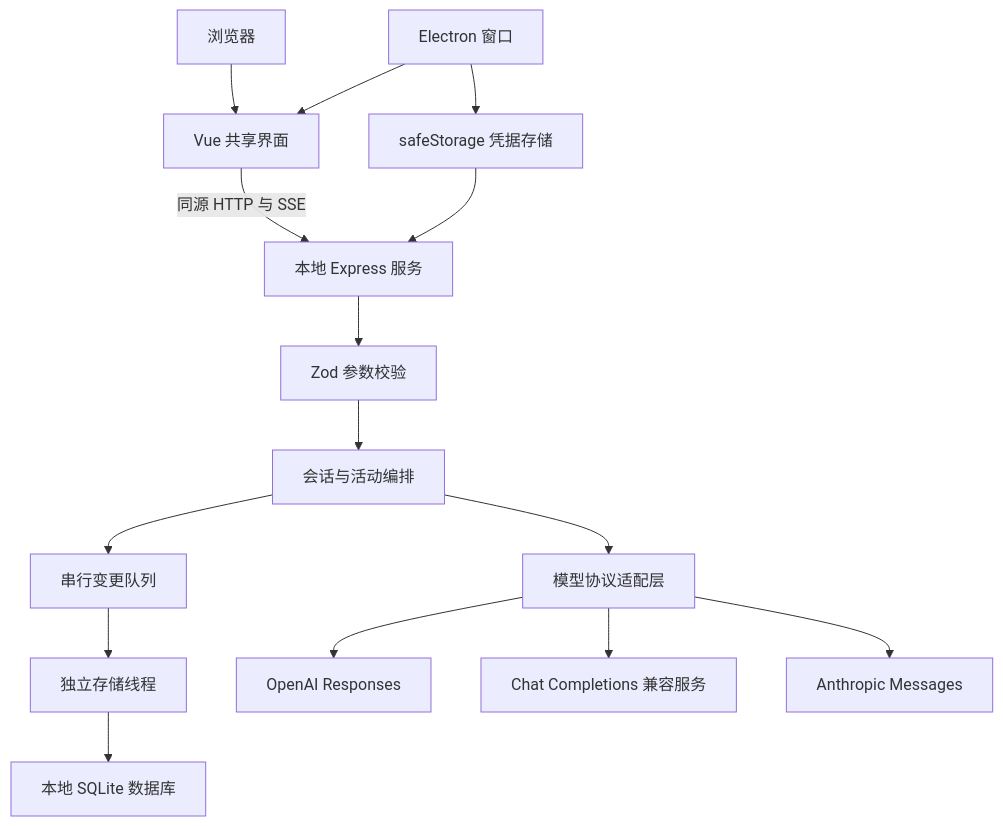
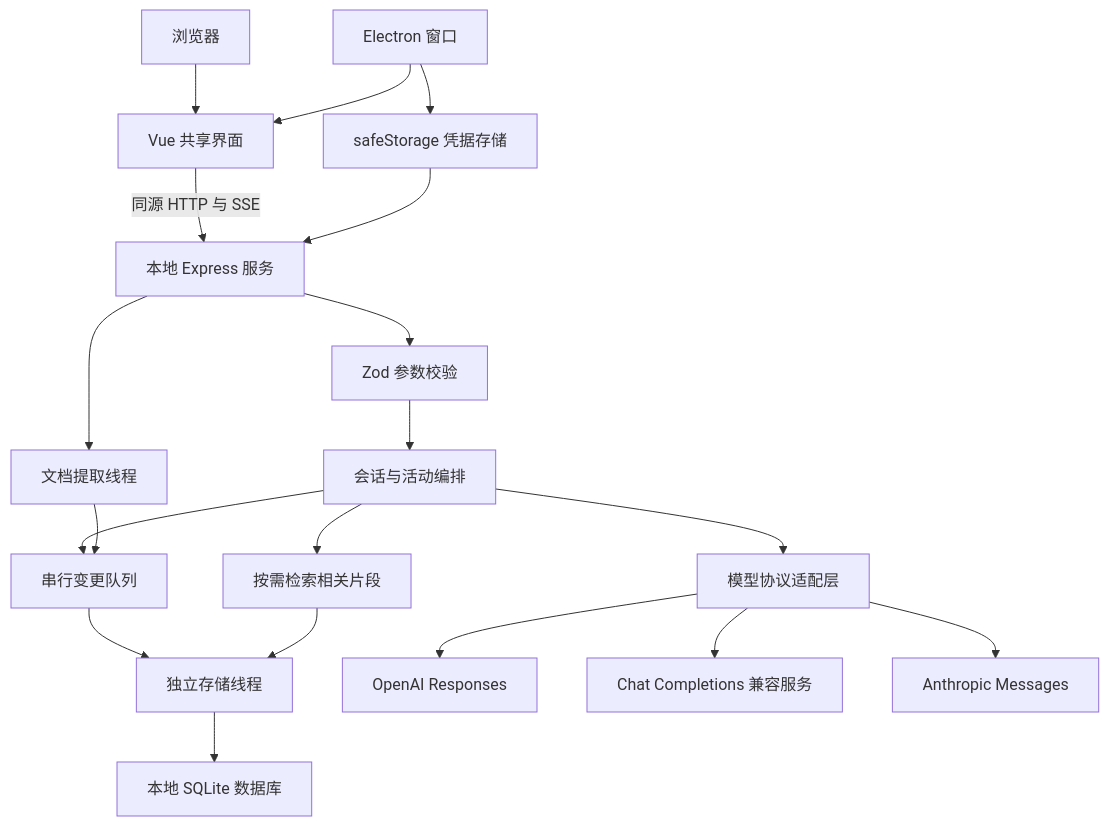
Before and after one commit to Immediatelyaway/ChatWorker: the diagram in docs/design.md, drawn with Mermaid. The commit also changed other lines of this file and 19 other files, not shown here.

````diff
--- a/docs/design.md
+++ b/docs/design.md
@@ -66,17 +67,21 @@
 ```mermaid
 flowchart TB
   Browser[浏览器] --> Vue[Vue 共享界面]
   Electron[Electron 窗口] --> Vue
   Vue -->|同源 HTTP 与 SSE| API[本地 Express 服务]
   API --> Validation[Zod 参数校验]
   Validation --> Conversations[会话与活动编排]
   Conversations --> Storage[串行变更队列]
   Storage --> Worker[独立存储线程]
   Worker --> SQLite[本地 SQLite 数据库]
+  Conversations --> Retrieval[按需检索相关片段]
+  Retrieval --> Worker
+  API --> Extract[文档提取线程]
+  Extract --> Storage
   Conversations --> Providers[模型协议适配层]
   Providers --> OpenAI[OpenAI Responses]
   Providers --> Compatible[Chat Completions 兼容服务]
   Providers --> Claude[Anthropic Messages]
   Electron --> Vault[safeStorage 凭据存储]
   Vault --> API
 ```
````
